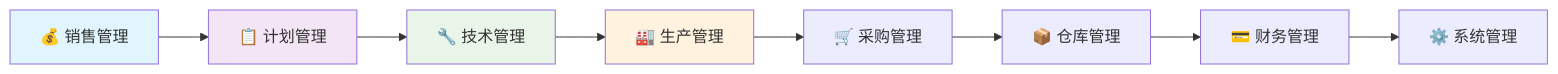
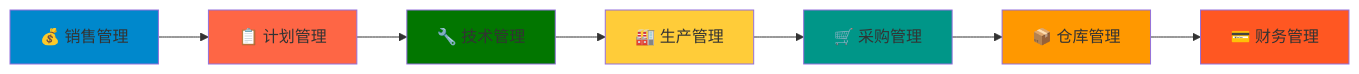
The second of 2 diagrams in README.md (Song2770/PrePy-ERP), drawn with Mermaid before and after one commit. The commit also changed other lines of this file, not shown here.

````diff
--- a/README.md
+++ b/README.md
@@ -42,15 +42,18 @@
 ```mermaid
 flowchart LR
     A[💰 销售管理] --> B[📋 计划管理]
     B --> C[🔧 技术管理]
     C --> D[🏭 生产管理]
     D --> E[🛒 采购管理]
     E --> F[📦 仓库管理]
     F --> G[💳 财务管理]
-    G --> H[⚙️ 系统管理]
     
-    style A fill:#e1f5fe
-    style B fill:#f3e5f5
-    style C fill:#e8f5e8
-    style D fill:#fff3e0
+    style A fill:#0088cc
+    style B fill:#fe6645
+    style C fill:#027600
+    style D fill:#ffcc39
+    style E fill:#009688
+    style F fill:#ff9800
+    style G fill:#ff5722
+
 ```
````
